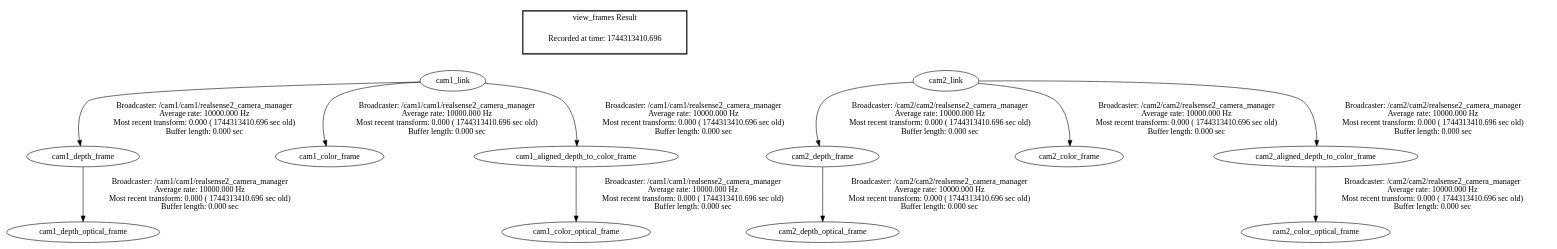
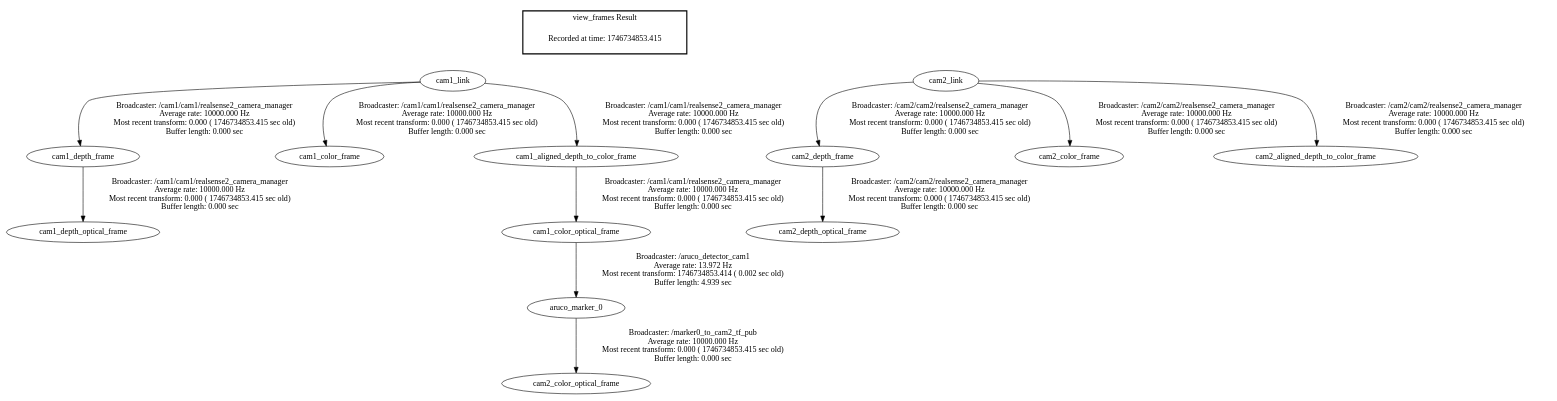
One commit to monderichi/new-rob8 changed the diagram in frames.gv. Above: the diagram before and after it, drawn with Graphviz. The commit also changed 3502 other files, not shown here.

```diff
--- a/frames.gv
+++ b/frames.gv
@@ -1,20 +1,21 @@
 digraph G {
-"cam1_link" -> "cam1_depth_frame"[label="Broadcaster: /cam1/cam1/realsense2_camera_manager\nAverage rate: 10000.000 Hz\nMost recent transform: 0.000 ( 1744313410.696 sec old)\nBuffer length: 0.000 sec\n"];
-"cam1_depth_frame" -> "cam1_depth_optical_frame"[label="Broadcaster: /cam1/cam1/realsense2_camera_manager\nAverage rate: 10000.000 Hz\nMost recent transform: 0.000 ( 1744313410.696 sec old)\nBuffer length: 0.000 sec\n"];
-"cam1_link" -> "cam1_color_frame"[label="Broadcaster: /cam1/cam1/realsense2_camera_manager\nAverage rate: 10000.000 Hz\nMost recent transform: 0.000 ( 1744313410.696 sec old)\nBuffer length: 0.000 sec\n"];
-"cam1_aligned_depth_to_color_frame" -> "cam1_color_optical_frame"[label="Broadcaster: /cam1/cam1/realsense2_camera_manager\nAverage rate: 10000.000 Hz\nMost recent transform: 0.000 ( 1744313410.696 sec old)\nBuffer length: 0.000 sec\n"];
-"cam1_link" -> "cam1_aligned_depth_to_color_frame"[label="Broadcaster: /cam1/cam1/realsense2_camera_manager\nAverage rate: 10000.000 Hz\nMost recent transform: 0.000 ( 1744313410.696 sec old)\nBuffer length: 0.000 sec\n"];
-"cam2_link" -> "cam2_depth_frame"[label="Broadcaster: /cam2/cam2/realsense2_camera_manager\nAverage rate: 10000.000 Hz\nMost recent transform: 0.000 ( 1744313410.696 sec old)\nBuffer length: 0.000 sec\n"];
-"cam2_depth_frame" -> "cam2_depth_optical_frame"[label="Broadcaster: /cam2/cam2/realsense2_camera_manager\nAverage rate: 10000.000 Hz\nMost recent transform: 0.000 ( 1744313410.696 sec old)\nBuffer length: 0.000 sec\n"];
-"cam2_link" -> "cam2_color_frame"[label="Broadcaster: /cam2/cam2/realsense2_camera_manager\nAverage rate: 10000.000 Hz\nMost recent transform: 0.000 ( 1744313410.696 sec old)\nBuffer length: 0.000 sec\n"];
-"cam2_aligned_depth_to_color_frame" -> "cam2_color_optical_frame"[label="Broadcaster: /cam2/cam2/realsense2_camera_manager\nAverage rate: 10000.000 Hz\nMost recent transform: 0.000 ( 1744313410.696 sec old)\nBuffer length: 0.000 sec\n"];
-"cam2_link" -> "cam2_aligned_depth_to_color_frame"[label="Broadcaster: /cam2/cam2/realsense2_camera_manager\nAverage rate: 10000.000 Hz\nMost recent transform: 0.000 ( 1744313410.696 sec old)\nBuffer length: 0.000 sec\n"];
+"cam1_link" -> "cam1_depth_frame"[label="Broadcaster: /cam1/cam1/realsense2_camera_manager\nAverage rate: 10000.000 Hz\nMost recent transform: 0.000 ( 1746734853.415 sec old)\nBuffer length: 0.000 sec\n"];
+"cam1_depth_frame" -> "cam1_depth_optical_frame"[label="Broadcaster: /cam1/cam1/realsense2_camera_manager\nAverage rate: 10000.000 Hz\nMost recent transform: 0.000 ( 1746734853.415 sec old)\nBuffer length: 0.000 sec\n"];
+"cam1_link" -> "cam1_color_frame"[label="Broadcaster: /cam1/cam1/realsense2_camera_manager\nAverage rate: 10000.000 Hz\nMost recent transform: 0.000 ( 1746734853.415 sec old)\nBuffer length: 0.000 sec\n"];
+"cam1_aligned_depth_to_color_frame" -> "cam1_color_optical_frame"[label="Broadcaster: /cam1/cam1/realsense2_camera_manager\nAverage rate: 10000.000 Hz\nMost recent transform: 0.000 ( 1746734853.415 sec old)\nBuffer length: 0.000 sec\n"];
+"cam1_link" -> "cam1_aligned_depth_to_color_frame"[label="Broadcaster: /cam1/cam1/realsense2_camera_manager\nAverage rate: 10000.000 Hz\nMost recent transform: 0.000 ( 1746734853.415 sec old)\nBuffer length: 0.000 sec\n"];
+"cam2_link" -> "cam2_depth_frame"[label="Broadcaster: /cam2/cam2/realsense2_camera_manager\nAverage rate: 10000.000 Hz\nMost recent transform: 0.000 ( 1746734853.415 sec old)\nBuffer length: 0.000 sec\n"];
+"cam2_depth_frame" -> "cam2_depth_optical_frame"[label="Broadcaster: /cam2/cam2/realsense2_camera_manager\nAverage rate: 10000.000 Hz\nMost recent transform: 0.000 ( 1746734853.415 sec old)\nBuffer length: 0.000 sec\n"];
+"cam2_link" -> "cam2_color_frame"[label="Broadcaster: /cam2/cam2/realsense2_camera_manager\nAverage rate: 10000.000 Hz\nMost recent transform: 0.000 ( 1746734853.415 sec old)\nBuffer length: 0.000 sec\n"];
+"aruco_marker_0" -> "cam2_color_optical_frame"[label="Broadcaster: /marker0_to_cam2_tf_pub\nAverage rate: 10000.000 Hz\nMost recent transform: 0.000 ( 1746734853.415 sec old)\nBuffer length: 0.000 sec\n"];
+"cam2_link" -> "cam2_aligned_depth_to_color_frame"[label="Broadcaster: /cam2/cam2/realsense2_camera_manager\nAverage rate: 10000.000 Hz\nMost recent transform: 0.000 ( 1746734853.415 sec old)\nBuffer length: 0.000 sec\n"];
+"cam1_color_optical_frame" -> "aruco_marker_0"[label="Broadcaster: /aruco_detector_cam1\nAverage rate: 13.972 Hz\nMost recent transform: 1746734853.414 ( 0.002 sec old)\nBuffer length: 4.939 sec\n"];
 edge [style=invis];
  subgraph cluster_legend { style=bold; color=black; label ="view_frames Result";
-"Recorded at time: 1744313410.696"[ shape=plaintext ] ;
+"Recorded at time: 1746734853.415"[ shape=plaintext ] ;
  }->"cam1_link";
 edge [style=invis];
  subgraph cluster_legend { style=bold; color=black; label ="view_frames Result";
-"Recorded at time: 1744313410.696"[ shape=plaintext ] ;
+"Recorded at time: 1746734853.415"[ shape=plaintext ] ;
  }->"cam2_link";
 }
```
